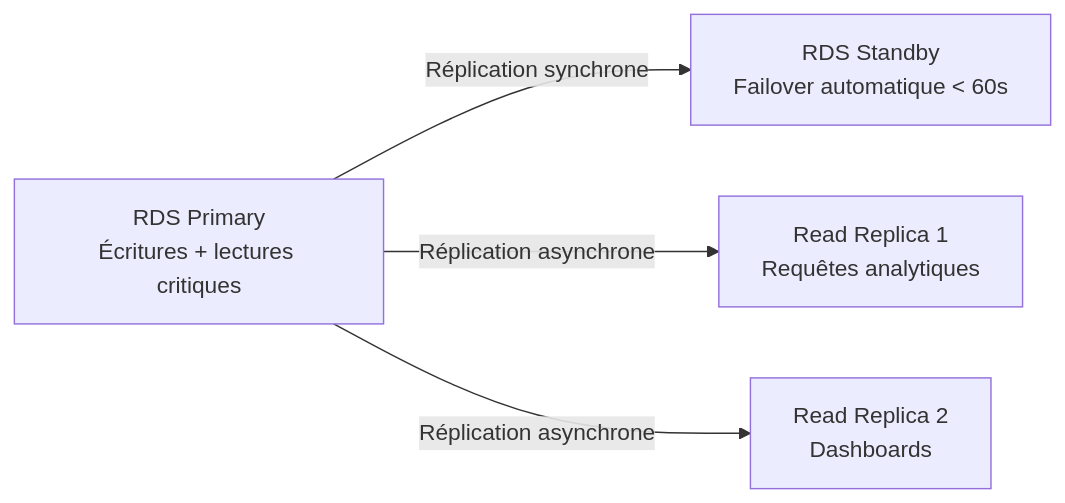
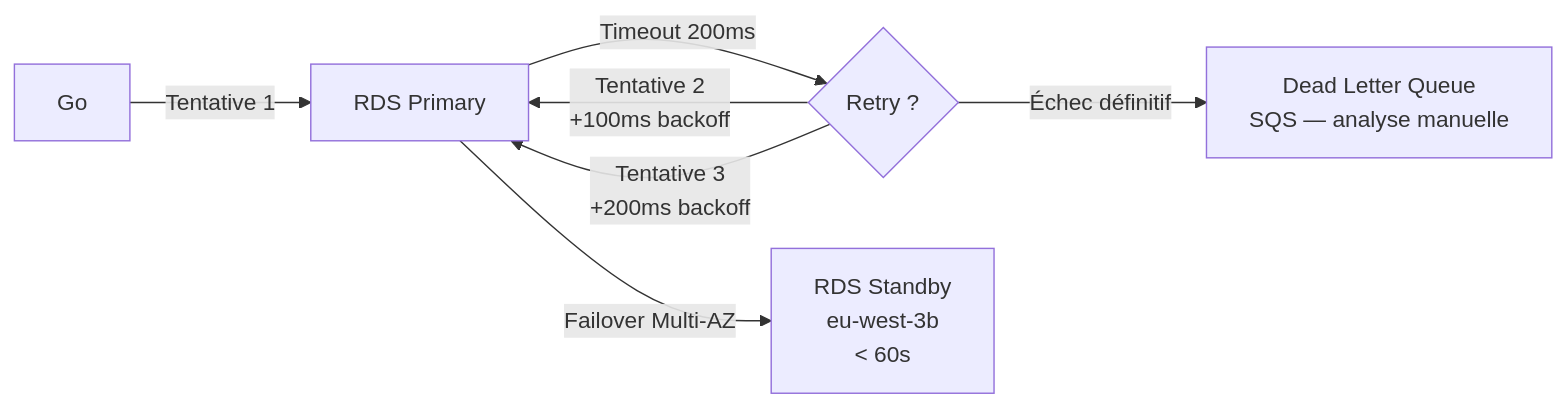
Before and after one commit to Bedra11/nafad-pay-g1-oltp: the fifth of 6 diagrams in docs/at_scale.md, drawn with Mermaid. The commit also changed other lines of this file and 3 other files, not shown here.

````diff
--- a/docs/at_scale.md
+++ b/docs/at_scale.md
@@ -258,7 +251,10 @@
 ```mermaid
 flowchart LR
 
-Primary[RDS Primary\nÉcritures + lectures critiques] -->|Réplication synchrone| Standby[RDS Standby\nFailover automatique < 60s]
-Primary -->|Réplication asynchrone| Replica1[Read Replica 1\nRequêtes analytiques]
-Primary -->|Réplication asynchrone| Replica2[Read Replica 2\nDashboards]
+Client[Go] -->|Tentative 1| RDS[RDS Primary]
+RDS -->|Timeout 200ms| Retry{Retry ?}
+Retry -->|Tentative 2\n+100ms backoff| RDS
+Retry -->|Tentative 3\n+200ms backoff| RDS
+Retry -->|Échec définitif| DLQ[Dead Letter Queue\nSQS — analyse manuelle]
+RDS -->|Failover Multi-AZ| Standby[RDS Standby\neu-west-3b\n< 60s]
 ```
````
